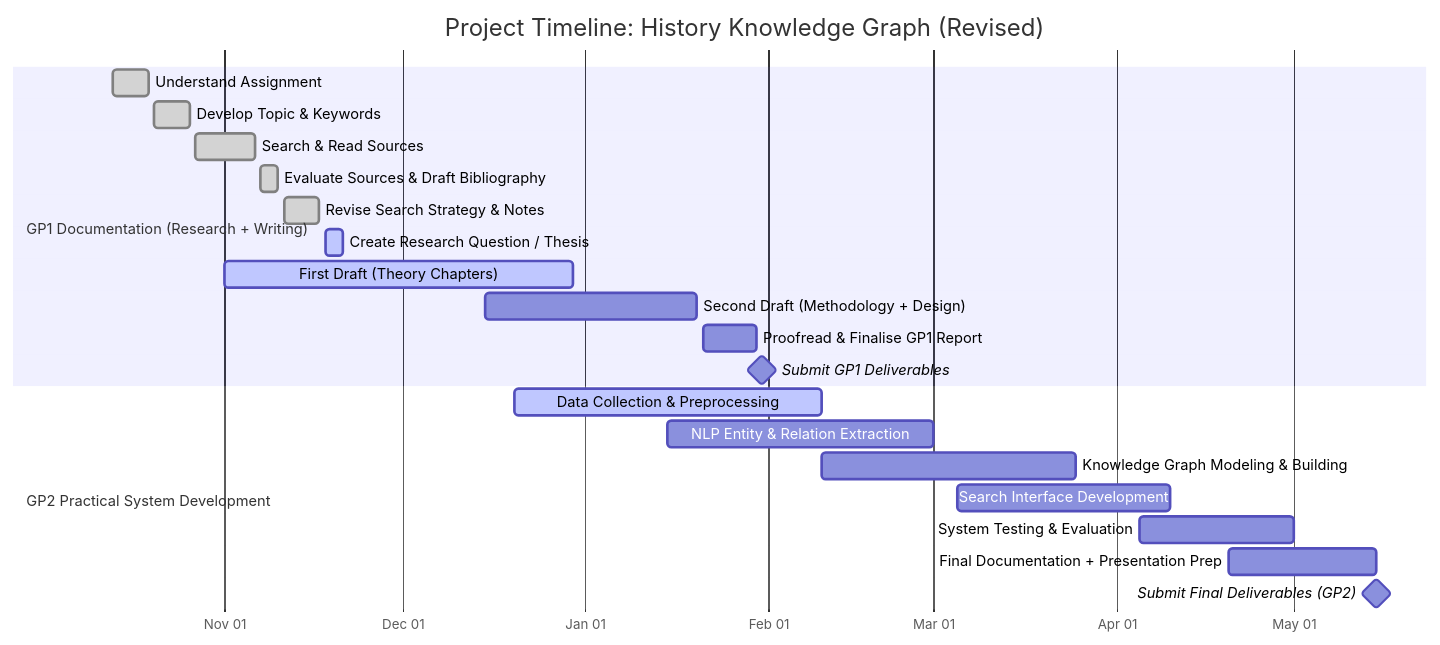
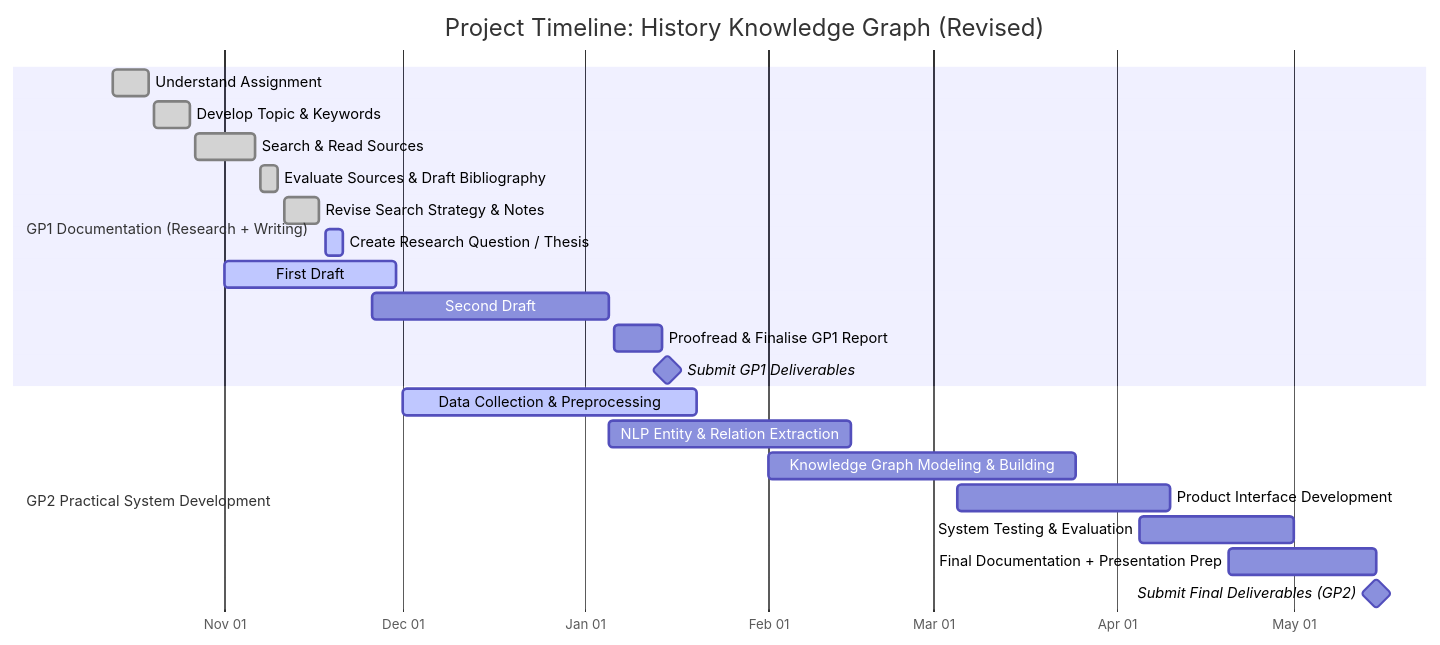
The diagram in README.md (Mohammad-ALADDASI/ChronoLearn), drawn with Mermaid before and after one commit. The commit also changed other lines of this file, not shown here.

Commit message:
Update project timeline and acknowledgments in README

````diff
--- a/README.md
+++ b/README.md
@@ -63,42 +63,34 @@
 ```mermaid
 gantt
     title Project Timeline: History Knowledge Graph (Revised)
     dateFormat  YYYY-MM-DD
     axisFormat  %b %d
 
     %% -------------------------
     %% PHASE 1 — GP1 DOCUMENTATION
     %% -------------------------
     section GP1 Documentation (Research + Writing)
     Understand Assignment                     :done, gp1a, 2025-10-13, 2025-10-19
     Develop Topic & Keywords                  :done, gp1b, 2025-10-20, 2025-10-26
     Search & Read Sources                     :done, gp1c, 2025-10-27, 2025-11-06
     Evaluate Sources & Draft Bibliography     :done, gp1d, 2025-11-07, 2025-11-10
     Revise Search Strategy & Notes            :done, gp1e, 2025-11-11, 2025-11-17
     Create Research Question / Thesis         :active, gp1f, 2025-11-18, 2025-11-21
 
-    %% Writing overlaps heavily with development tasks (correct GP1 behaviour)
-    First Draft (Theory Chapters)             :active, gp1g, 2025-11-01, 2025-12-30
-    Second Draft (Methodology + Design)       :gp1h, 2025-12-15, 2026-01-20
-    Proofread & Finalise GP1 Report           :gp1i, 2026-01-21, 2026-01-30
-    Submit GP1 Deliverables                   :milestone, gp1m, 2026-01-31, 0d
+    First Draft                               :active, gp1g, 2025-11-01, 2025-11-30
+    Second Draft                              :gp1h, 2025-11-26, 2026-01-05
+    Proofread & Finalise GP1 Report           :gp1i, 2026-01-06, 2026-01-14
+    Submit GP1 Deliverables                   :milestone, gp1m, 2026-01-15, 0d
 
     %% -------------------------
     %% PHASE 2 — GP2 PRACTICAL WORK (starts before GP1 ends)
     %% -------------------------
     section GP2 Practical System Development
-
-    %% Starts during GP1 (concurrent)
-    Data Collection & Preprocessing           :active, gp2a, 2025-12-20, 2026-02-10
-    NLP Entity & Relation Extraction          :gp2b, 2026-01-15, 2026-03-01
-
-    %% KG modelling overlaps documentation of methodology (concurrency added)
-    Knowledge Graph Modeling & Building       :gp2c, 2026-02-10, 2026-03-25
-
-    Search Interface Development              :gp2d, 2026-03-05, 2026-04-10
+    Data Collection & Preprocessing           :active, gp2a, 2025-12-01, 2026-01-20
+    NLP Entity & Relation Extraction          :gp2b, 2026-01-05, 2026-02-15
+    Knowledge Graph Modeling & Building       :gp2c, 2026-02-01, 2026-03-25
+    Product Interface Development              :gp2d, 2026-03-05, 2026-04-10
     System Testing & Evaluation               :gp2e, 2026-04-05, 2026-05-01
-
-    %% Documentation continues during all these tasks (true GP1/GP2 flow)
     Final Documentation + Presentation Prep   :gp2f, 2026-04-20, 2026-05-15
     Submit Final Deliverables (GP2)           :milestone, gp2m, 2026-05-15, 0d
 ```
````
